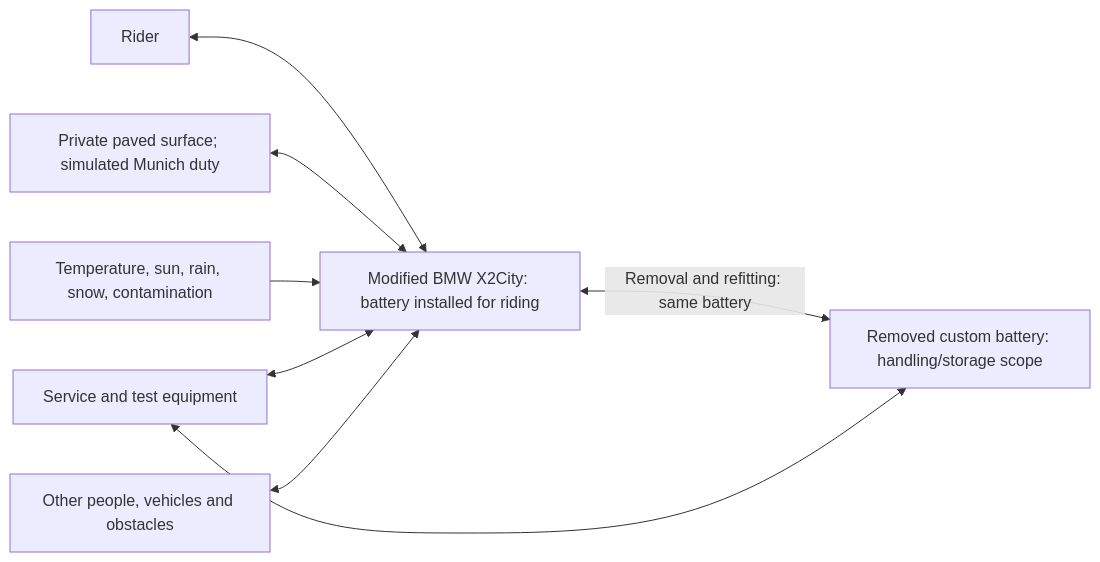
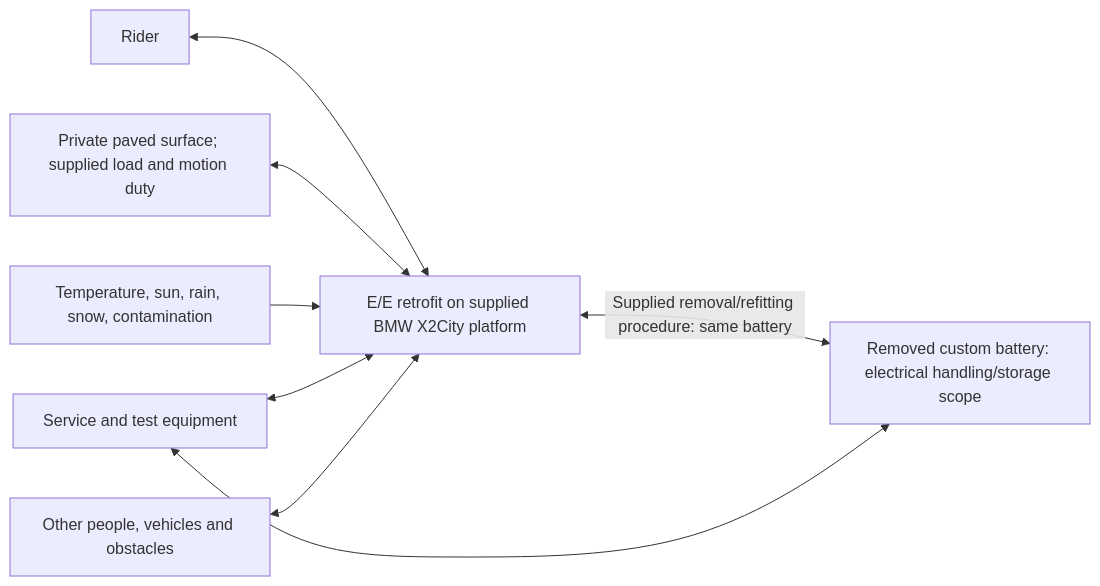
The diagram in README.md (dhellhake/X2CityMCU), drawn with Mermaid before and after one commit. The commit also changed other lines of this file and 32 other files, not shown here.

Commit message:
Removal of mechanical requirements and architecture

````diff
--- a/README.md
+++ b/README.md
@@ -188,10 +188,10 @@
 ```mermaid
 flowchart LR
-    Rider["Rider"] <--> Vehicle["Modified BMW X2City: battery installed for riding"]
-    Surface["Private paved surface; simulated Munich duty"] <--> Vehicle
+    Rider["Rider"] <--> Vehicle["E/E retrofit on supplied BMW X2City platform"]
+    Surface["Private paved surface; supplied load and motion duty"] <--> Vehicle
     Weather["Temperature, sun, rain, snow, contamination"] --> Vehicle
-    Vehicle <-->|"Removal and refitting: same battery"| Pack["Removed custom battery: handling/storage scope"]
+    Vehicle <-->|"Supplied removal/refitting procedure: same battery"| Pack["Removed custom battery: electrical handling/storage scope"]
     Tools["Service and test equipment"] <--> Vehicle
     Tools <--> Pack
     People["Other people, vehicles and obstacles"] <--> Vehicle
 ```
````
